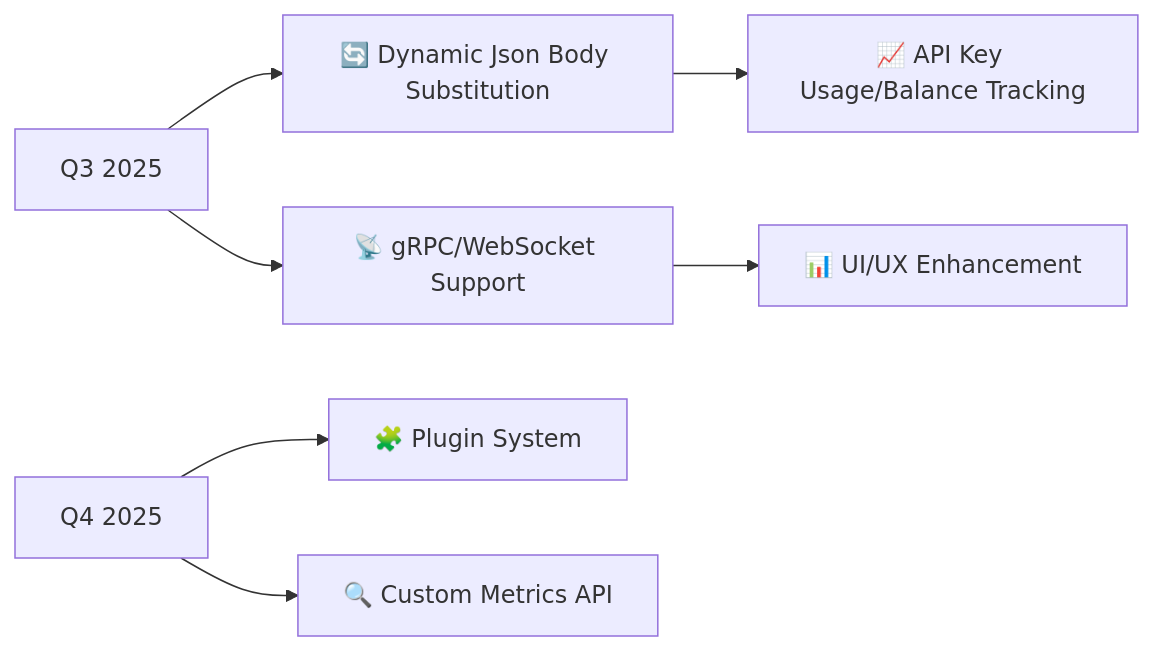
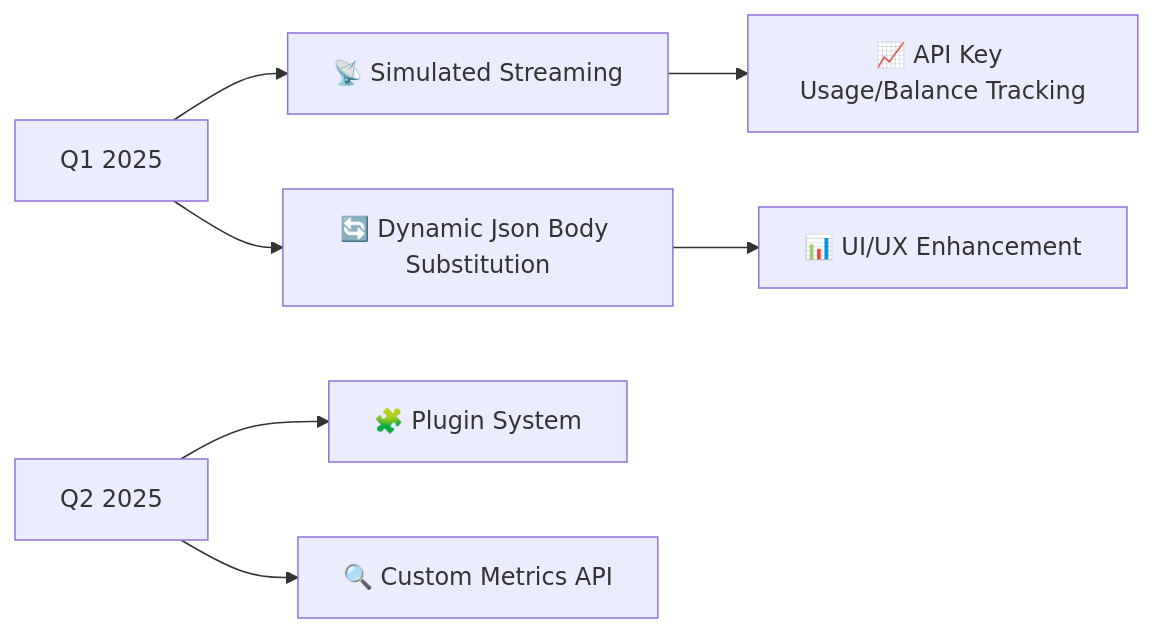
One commit to Nya-Foundation/NyaProxy changed the second of 2 diagrams in README.md. Above: the diagram before and after it, drawn with Mermaid. The commit also changed other lines of this file and 3 other files, not shown here.

````diff
--- a/README.md
+++ b/README.md
@@ -231,9 +243,9 @@
 ```mermaid
 graph LR
-A[Q3 2025] --> B[🔄 Dynamic Json Body Substitution ]
-A --> C[📡 gRPC/WebSocket Support]
+A[Q1 2025] --> B[📡 Simulated Streaming ]
+A --> C[🔄 Dynamic Json Body Substitution]
 B --> D[📈 API Key Usage/Balance Tracking]
 C --> E[📊 UI/UX Enhancement ]
-F[Q4 2025] --> G[🧩 Plugin System]
+F[Q2 2025] --> G[🧩 Plugin System]
 F --> H[🔍 Custom Metrics API]
 ```
````
